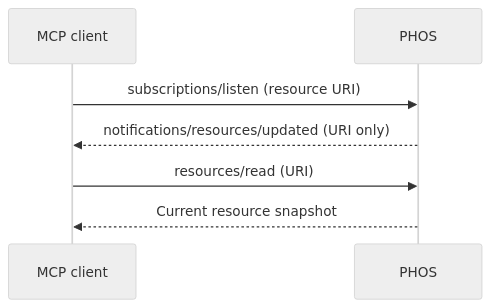
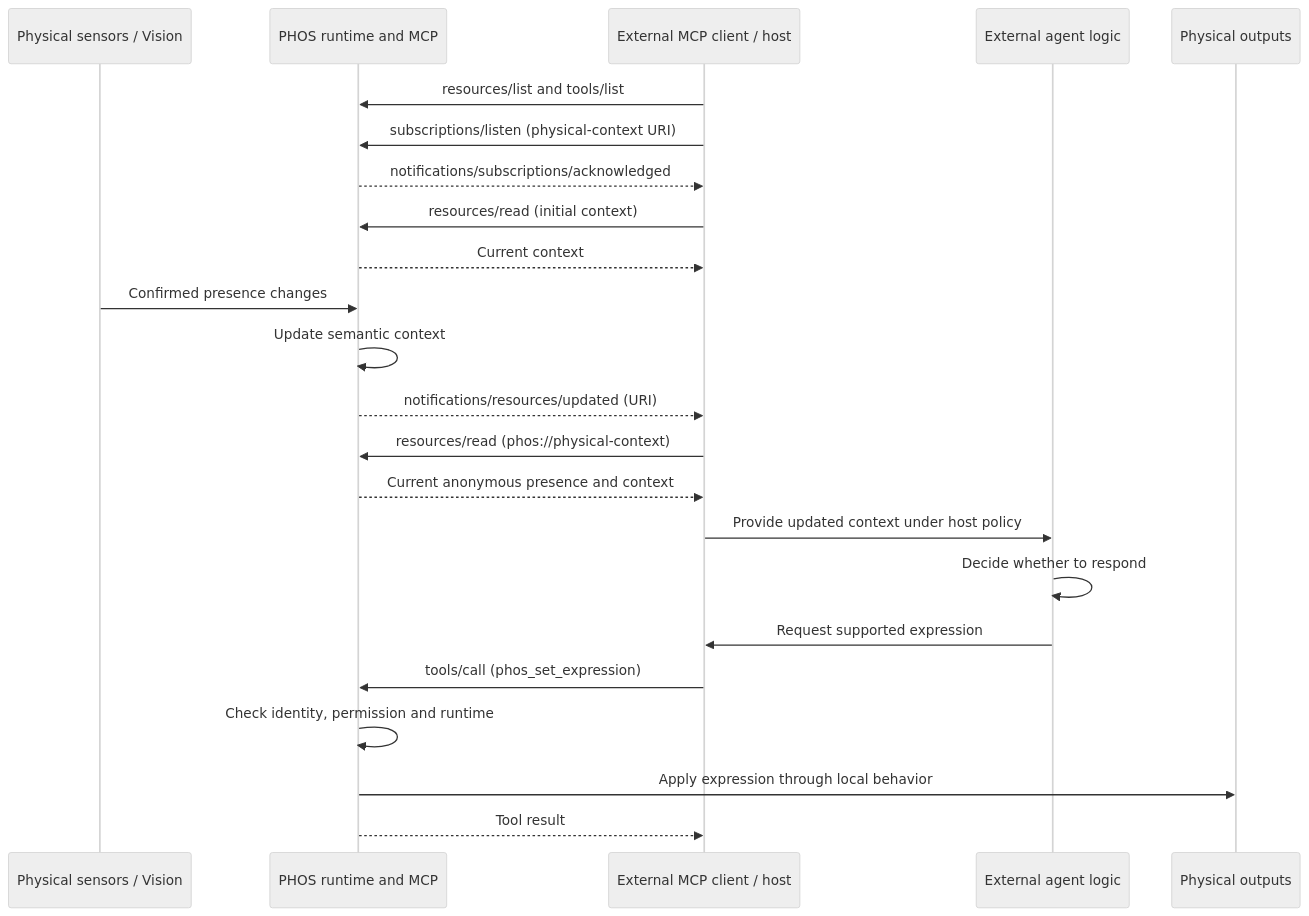
The fourth of 5 diagrams in docs/mcp-overview.md (phosairobot/phos), drawn with Mermaid (neutral theme) before and after one commit. The commit also changed other lines of this file and 64 other files, not shown here.

````diff
--- a/docs/mcp-overview.md
+++ b/docs/mcp-overview.md
@@ -129,9 +145,25 @@
 ```mermaid
 sequenceDiagram
-  participant C as MCP client
-  participant P as PHOS
-  C->>P: subscriptions/listen (resource URI)
-  P-->>C: notifications/resources/updated (URI only)
-  C->>P: resources/read (URI)
-  P-->>C: Current resource snapshot
+  participant H as Physical sensors / Vision
+  participant P as PHOS runtime and MCP
+  participant C as External MCP client / host
+  participant A as External agent logic
+  participant O as Physical outputs
+  C->>P: resources/list and tools/list
+  C->>P: subscriptions/listen (physical-context URI)
+  P-->>C: notifications/subscriptions/acknowledged
+  C->>P: resources/read (initial context)
+  P-->>C: Current context
+  H->>P: Confirmed presence changes
+  P->>P: Update semantic context
+  P-->>C: notifications/resources/updated (URI)
+  C->>P: resources/read (phos://physical-context)
+  P-->>C: Current anonymous presence and context
+  C->>A: Provide updated context under host policy
+  A->>A: Decide whether to respond
+  A->>C: Request supported expression
+  C->>P: tools/call (phos_set_expression)
+  P->>P: Check identity, permission and runtime
+  P->>O: Apply expression through local behavior
+  P-->>C: Tool result
 ```
````
